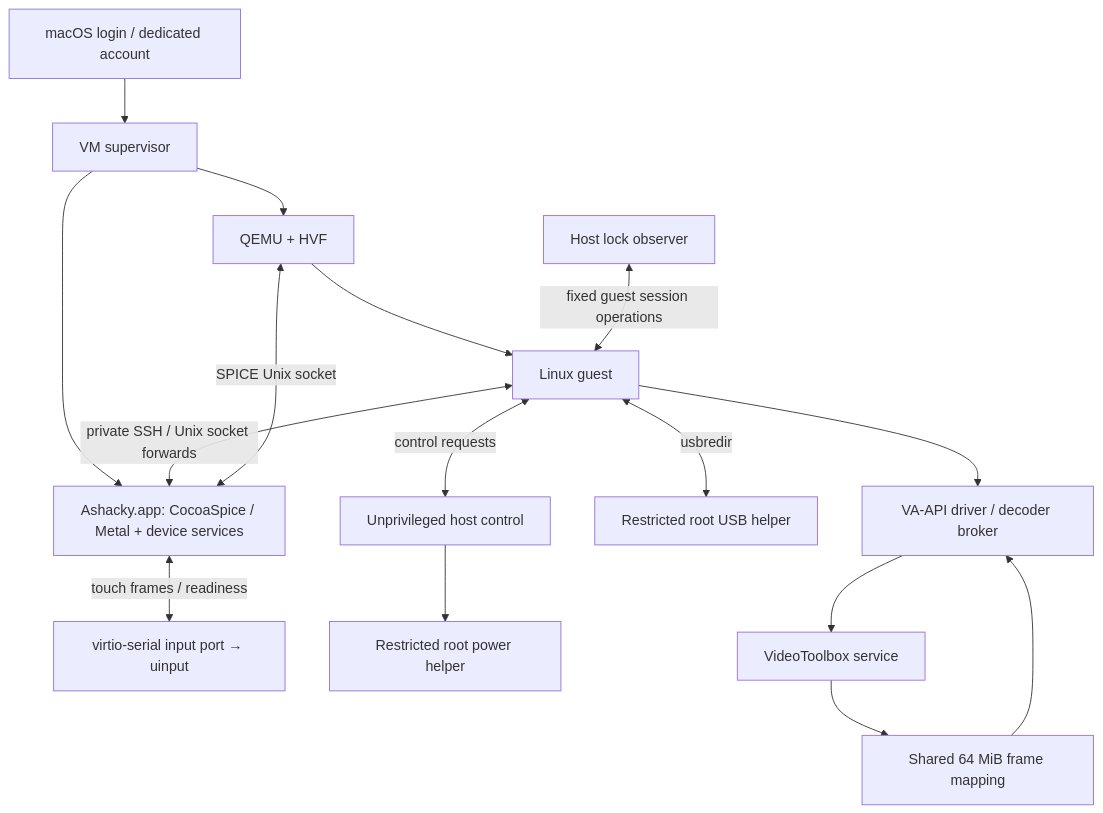
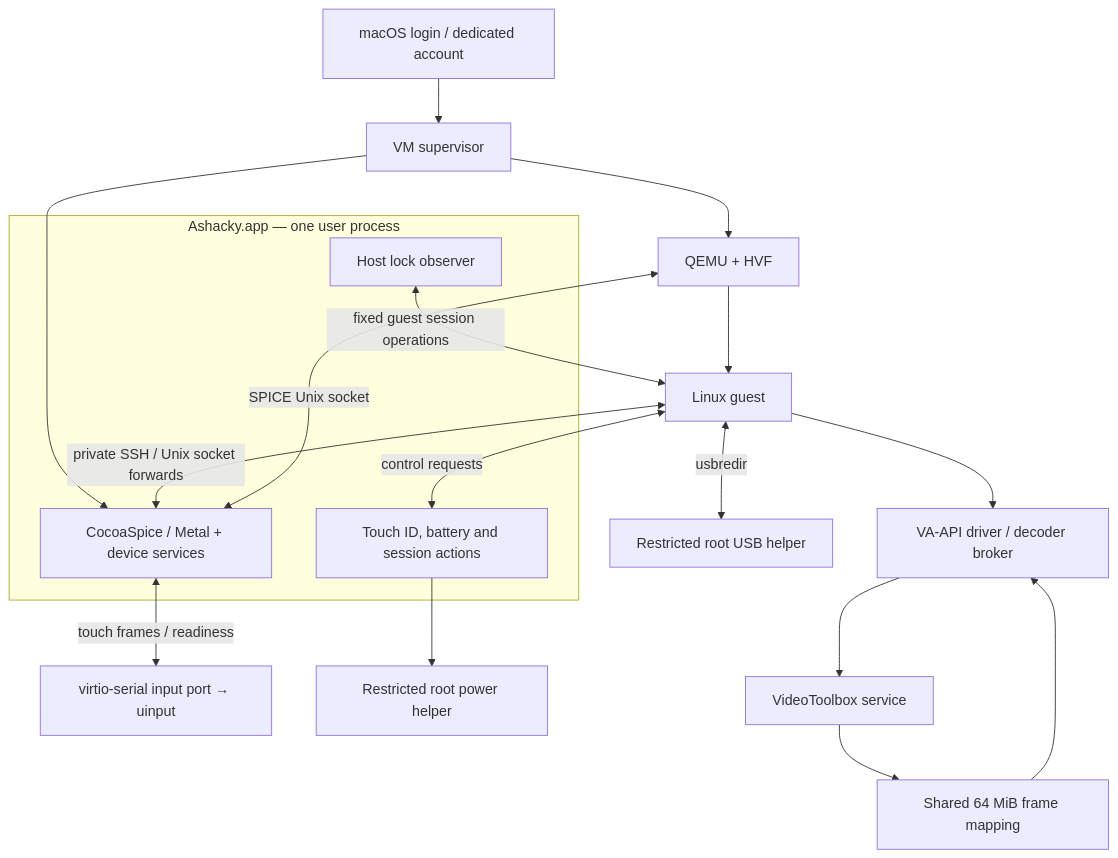
Before and after one commit to aynik/ashacky: the diagram in docs/ARCHITECTURE.md, drawn with Mermaid. The commit also changed other lines of this file and 24 other files, not shown here.

First line of the commit message:
Fix Metal scanout and consolidate session control in Ashacky

````diff
--- a/docs/ARCHITECTURE.md
+++ b/docs/ARCHITECTURE.md
@@ -7,18 +7,23 @@
 ```mermaid
 flowchart TB
   Login[macOS login / dedicated account] --> Session[VM supervisor]
   Session --> QEMU[QEMU + HVF]
-  Session --> Frontend[Ashacky.app: CocoaSpice / Metal + device services]
+  Session --> Frontend
+  subgraph App[Ashacky.app — one user process]
+    Frontend[CocoaSpice / Metal + device services]
+    Control[Touch ID, battery and session actions]
+    Sync[Host lock observer]
+  end
   Frontend <-->|SPICE Unix socket| QEMU
   QEMU --> Guest[Linux guest]
   Frontend <-->|touch frames / readiness| Input[virtio-serial input port → uinput]
   Guest <-->|private SSH / Unix socket forwards| Frontend
-  Guest <-->|control requests| Control[Unprivileged host control]
+  Guest <-->|control requests| Control
   Control --> Power[Restricted root power helper]
-  Sync[Host lock observer] <-->|fixed guest session operations| Guest
+  Sync <-->|fixed guest session operations| Guest
   Guest <-->|usbredir| USB[Restricted root USB helper]
   Guest --> VA[VA-API driver / decoder broker]
   VA --> VT[VideoToolbox service]
   VT --> Memory[Shared 64 MiB frame mapping]
   Memory --> VA
 ```
````
